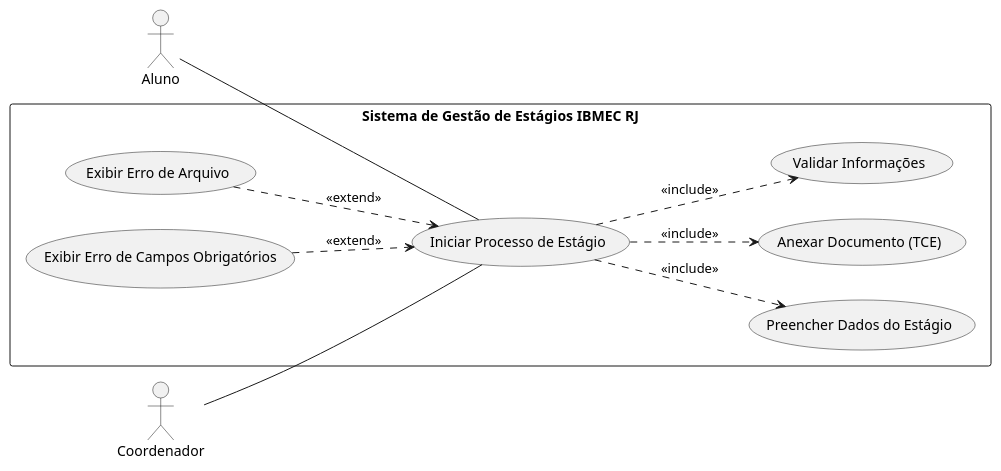
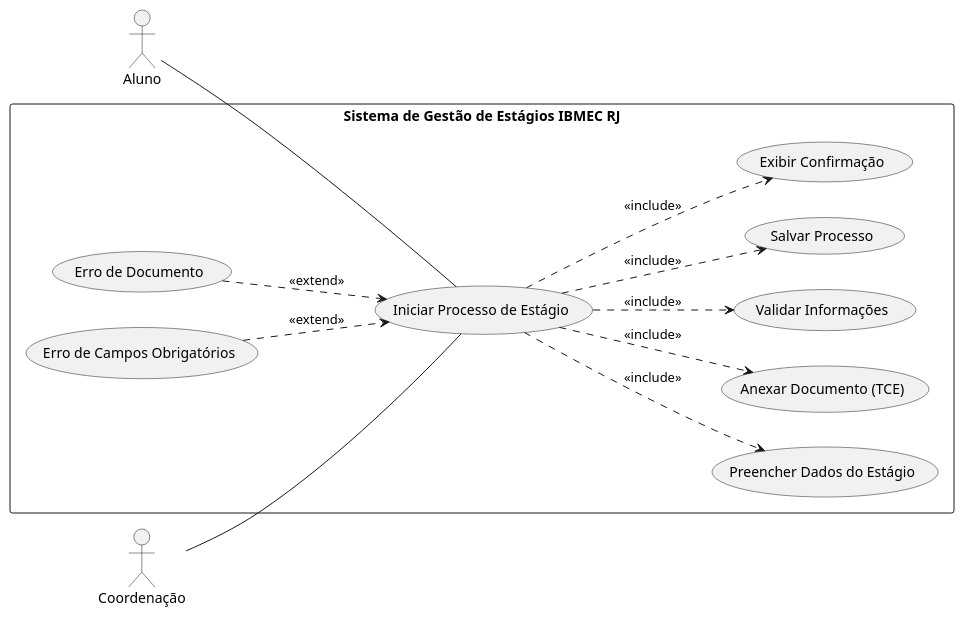
One commit to Projetos-de-Extensao/PBE_26.1_8002_I changed the second of 10 diagrams in docs/Elaboracao/casos_de_uso.md. Above: the diagram before and after it, drawn with PlantUML. The commit also changed other lines of this file, not shown here.

````diff
--- a/docs/Elaboracao/casos_de_uso.md
+++ b/docs/Elaboracao/casos_de_uso.md
@@ -96,31 +104,35 @@
 ```puml
   @startuml
 left to right direction
 
 actor Aluno
-actor Coordenador
+actor Coordenação
 
 rectangle "Sistema de Gestão de Estágios IBMEC RJ" {
 
   usecase "Iniciar Processo de Estágio" as UC1
   usecase "Preencher Dados do Estágio" as UC2
   usecase "Anexar Documento (TCE)" as UC3
   usecase "Validar Informações" as UC4
-  usecase "Exibir Erro de Arquivo" as UC5
-  usecase "Exibir Erro de Campos Obrigatórios" as UC6
+  usecase "Salvar Processo" as UC5
+  usecase "Exibir Confirmação" as UC6
+  usecase "Erro de Documento" as UC7
+  usecase "Erro de Campos Obrigatórios" as UC8
 
 }
 
 Aluno -- UC1
-Coordenador -- UC1
+Coordenação -- UC1
 
 UC1 ..> UC2 : <<include>>
 UC1 ..> UC3 : <<include>>
 UC1 ..> UC4 : <<include>>
+UC1 ..> UC5 : <<include>>
+UC1 ..> UC6 : <<include>>
 
-UC5 ..> UC1 : <<extend>>
-UC6 ..> UC1 : <<extend>>
+UC7 ..> UC1 : <<extend>>
+UC8 ..> UC1 : <<extend>>
 
 @enduml
 
 ```
````
